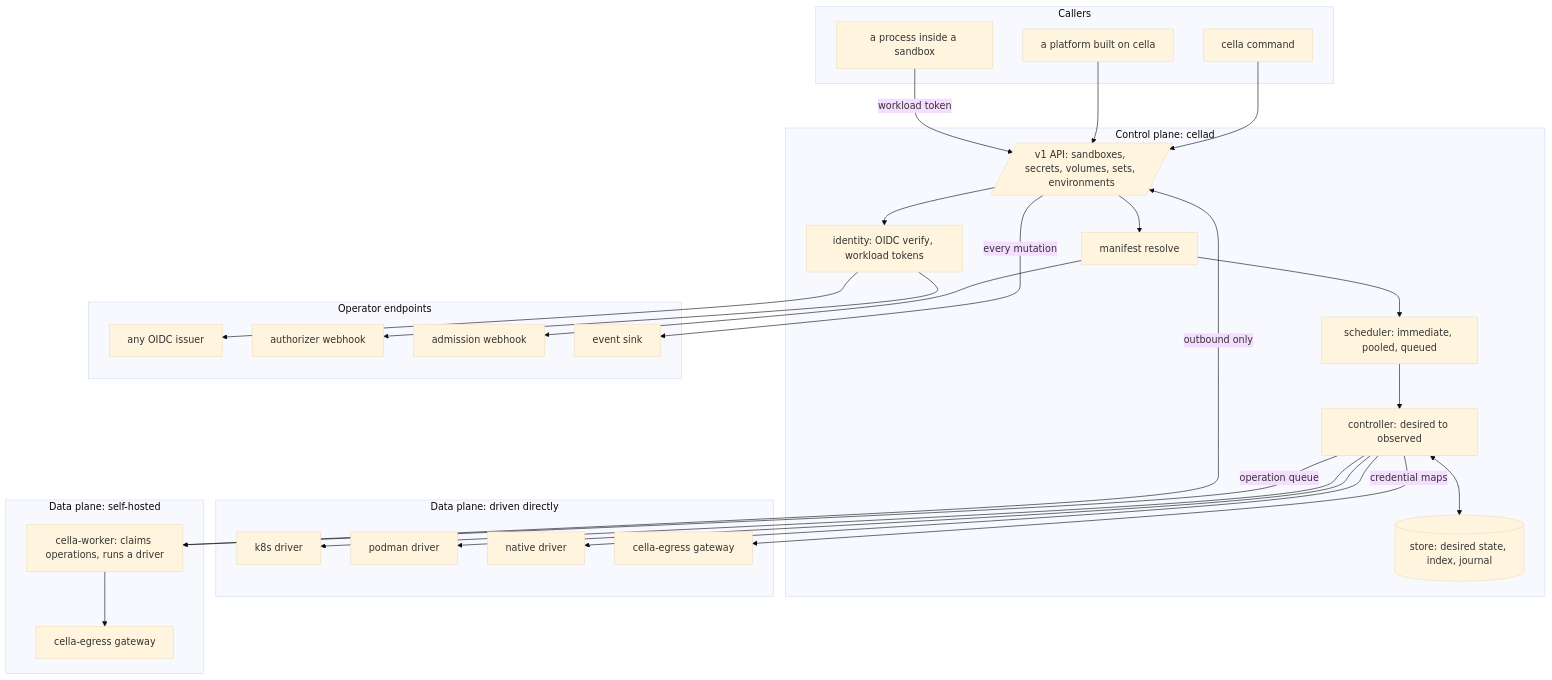
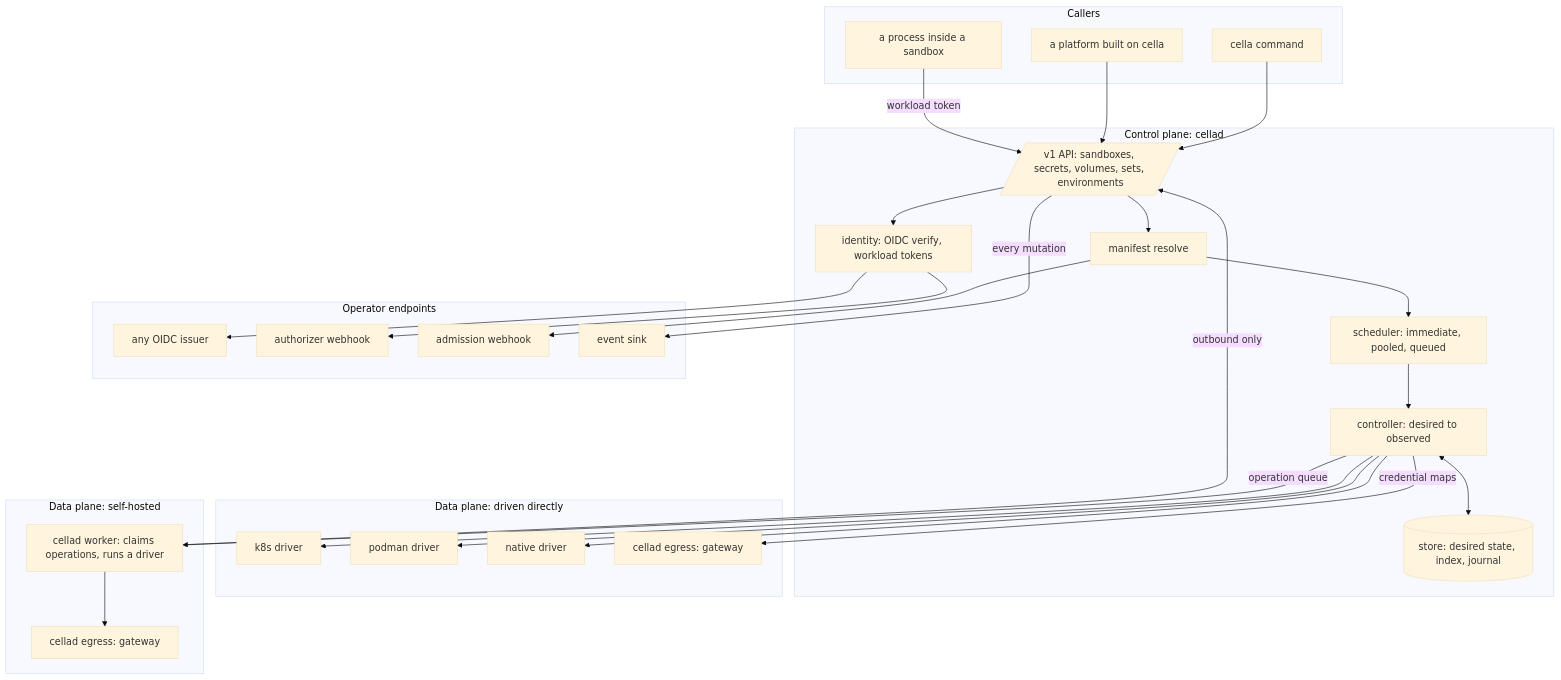
Before and after one commit to latere-ai/cella: the first of 2 diagrams in specs/001-architecture.md, drawn with Mermaid (base theme). The commit also changed other lines of this file and 7 other files, not shown here.

Commit message:
specs: ship two binaries, cellad with serve, worker, egress, and check as roles, and the cella client

````diff
--- a/specs/001-architecture.md
+++ b/specs/001-architecture.md
@@ -58,48 +58,48 @@
 ```mermaid
 flowchart TB
   subgraph callers [Callers]
     CLI[cella command]
     Plat[a platform built on cella]
     Agent[a process inside a sandbox]
   end
   subgraph cp [Control plane: cellad]
     API[/v1 API: sandboxes, secrets, volumes, sets, environments/]
     Resolve[manifest resolve]
     Auth[identity: OIDC verify, workload tokens]
     Sched[scheduler: immediate, pooled, queued]
     Ctl[controller: desired to observed]
     Store[(store: desired state, index, journal)]
   end
   subgraph ops [Operator endpoints]
     IdP[any OIDC issuer]
     Authz[authorizer webhook]
     Adm[admission webhook]
     Sink[event sink]
   end
   subgraph dp1 [Data plane: driven directly]
     K8s[k8s driver]
     Podman[podman driver]
     Native[native driver]
-    EG1[cella-egress gateway]
+    EG1[cellad egress: gateway]
   end
   subgraph dp2 [Data plane: self-hosted]
-    Worker[cella-worker: claims operations, runs a driver]
-    EG2[cella-egress gateway]
+    Worker[cellad worker: claims operations, runs a driver]
+    EG2[cellad egress: gateway]
   end
   CLI --> API
   Plat --> API
   Agent -- workload token --> API
   API --> Auth --> IdP
   Auth --> Authz
   API --> Resolve --> Adm
   Resolve --> Sched --> Ctl
   Ctl <--> Store
   Ctl --> K8s
   Ctl --> Podman
   Ctl --> Native
   Ctl -- operation queue --> Worker
   Worker -- outbound only --> API
   Ctl -- credential maps --> EG1
   Worker --> EG2
   API -- every mutation --> Sink
 ```
````
